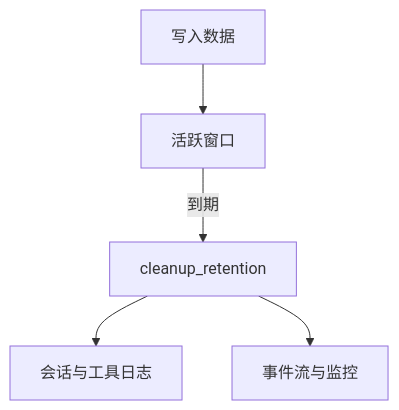
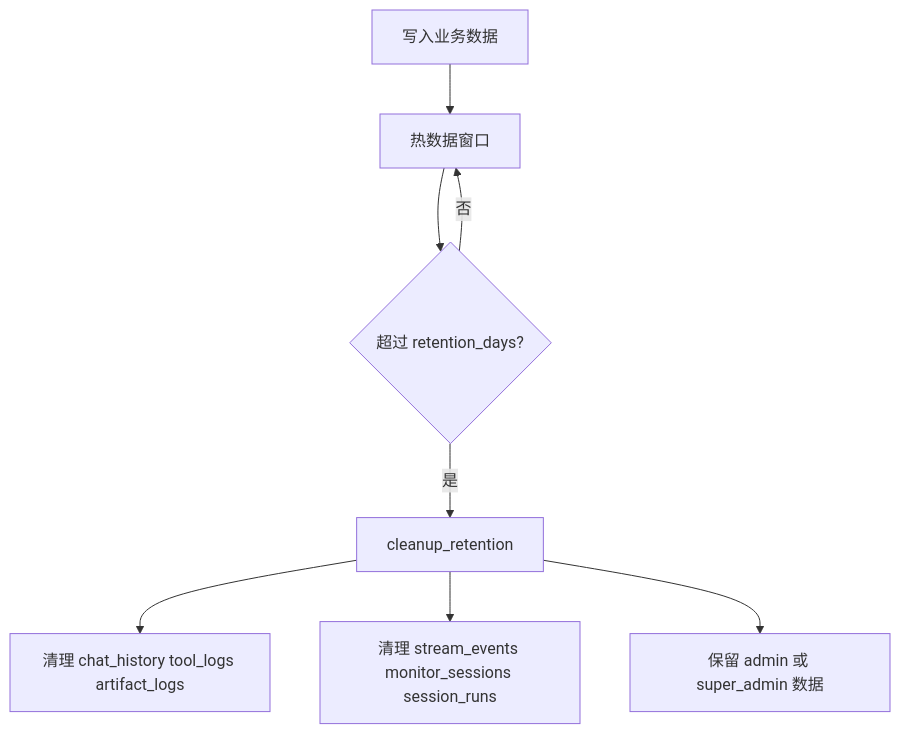
The fifth of 5 diagrams in docs/数据库设计.md (ylsdamxssjxxdd/wunder), drawn with Mermaid before and after one commit. The commit also changed other lines of this file and 20 other files, not shown here.

````diff
--- a/docs/数据库设计.md
+++ b/docs/数据库设计.md
@@ -96,7 +409,10 @@
 ```mermaid
 flowchart TB
-  Write[写入数据] --> Hot[活跃窗口]
-  Hot -->|到期| Cleanup[cleanup_retention]
-  Cleanup --> Logs[会话与工具日志]
-  Cleanup --> Streams[事件流与监控]
+  W[写入业务数据] --> H[热数据窗口]
+  H --> R{超过 retention_days?}
+  R -- 否 --> H
+  R -- 是 --> C[cleanup_retention]
+  C --> L[清理 chat_history tool_logs artifact_logs]
+  C --> S[清理 stream_events monitor_sessions session_runs]
+  C --> K[保留 admin 或 super_admin 数据]
 ```
````
